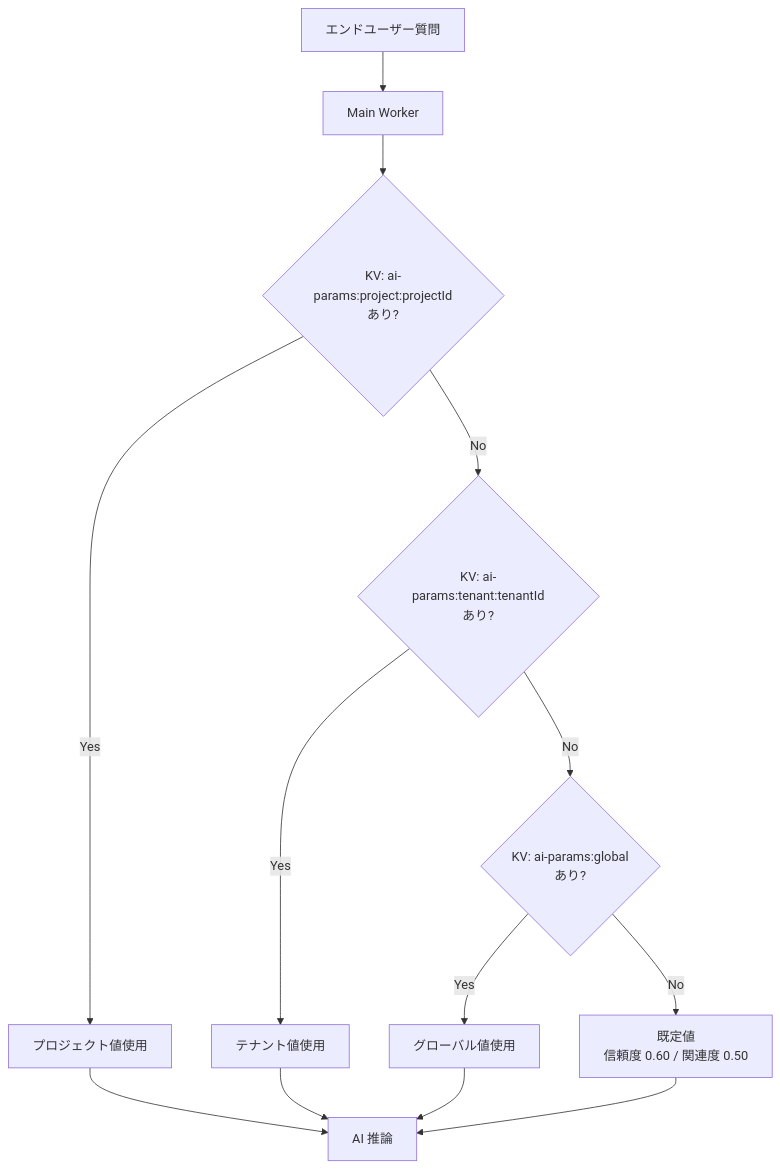
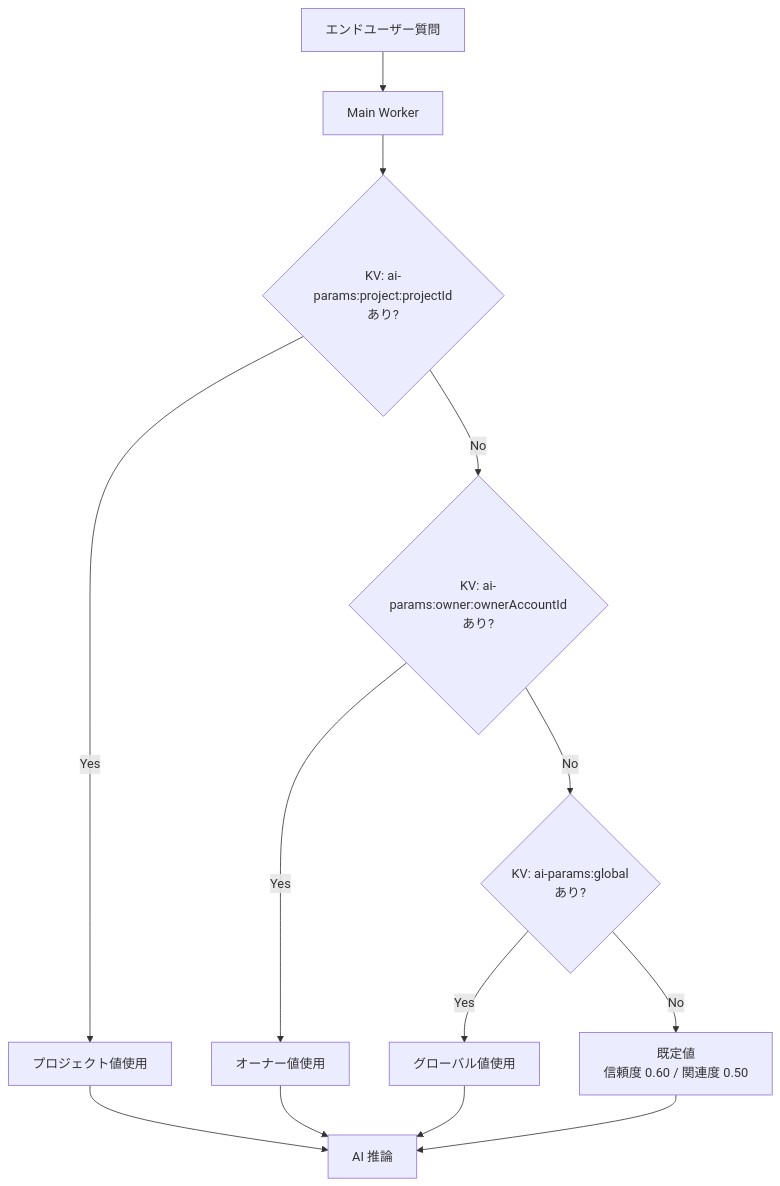
Diagram 21 of 25 in 02_admin/03_detailed_design.md (sikakou54/open-faq), drawn with Mermaid before and after one commit. The commit also changed other lines of this file and 22 other files, not shown here.

````diff
--- a/02_admin/03_detailed_design.md
+++ b/02_admin/03_detailed_design.md
@@ -1879,15 +1879,15 @@
 ```mermaid
 flowchart TD
     Request[エンドユーザー質問] --> Main[Main Worker]
     Main --> P1{KV: ai-params:project:projectId<br/>あり?}
     P1 -->|Yes| UseProj[プロジェクト値使用]
-    P1 -->|No| T1{KV: ai-params:tenant:tenantId<br/>あり?}
-    T1 -->|Yes| UseTenant[テナント値使用]
+    P1 -->|No| T1{KV: ai-params:owner:ownerAccountId<br/>あり?}
+    T1 -->|Yes| UseTenant[オーナー値使用]
     T1 -->|No| G1{KV: ai-params:global<br/>あり?}
     G1 -->|Yes| UseGlobal[グローバル値使用]
     G1 -->|No| Default[既定値<br/>信頼度 0.60 / 関連度 0.50]
     UseProj --> AI[AI 推論]
     UseTenant --> AI
     UseGlobal --> AI
     Default --> AI
 ```
````
